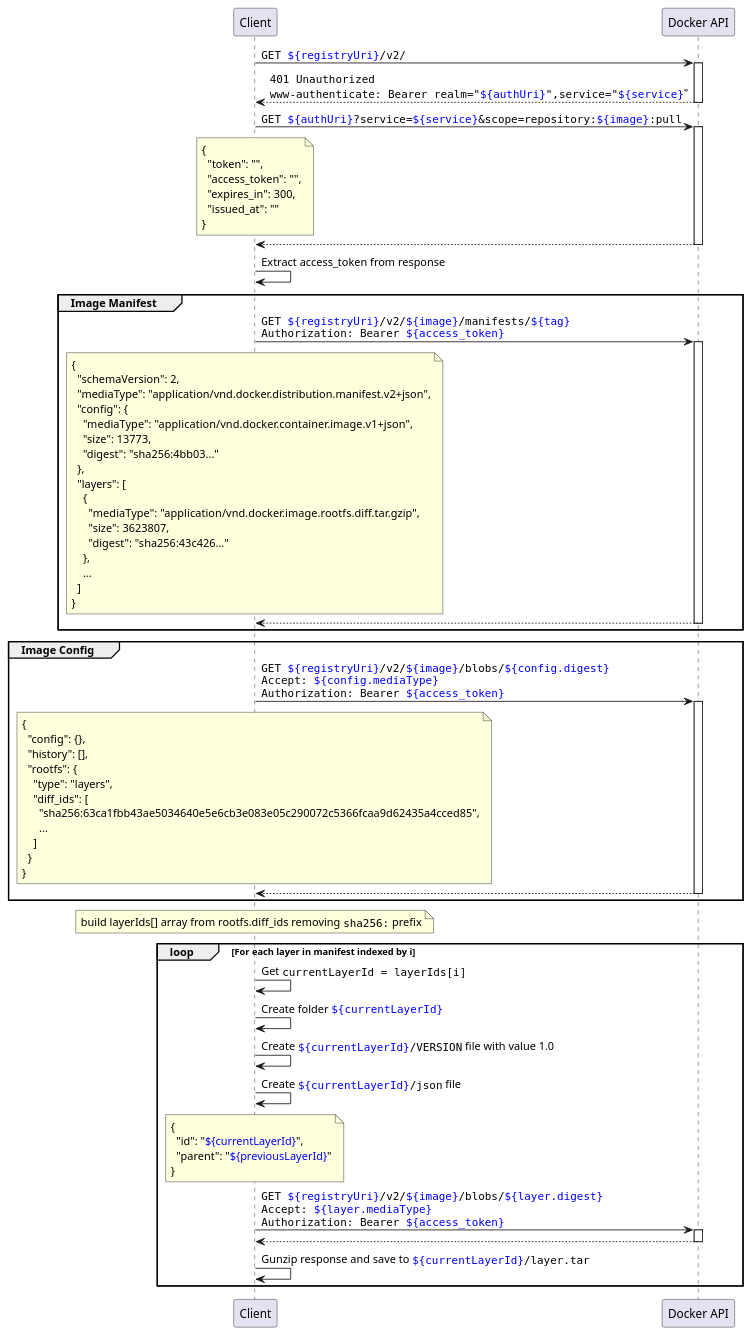
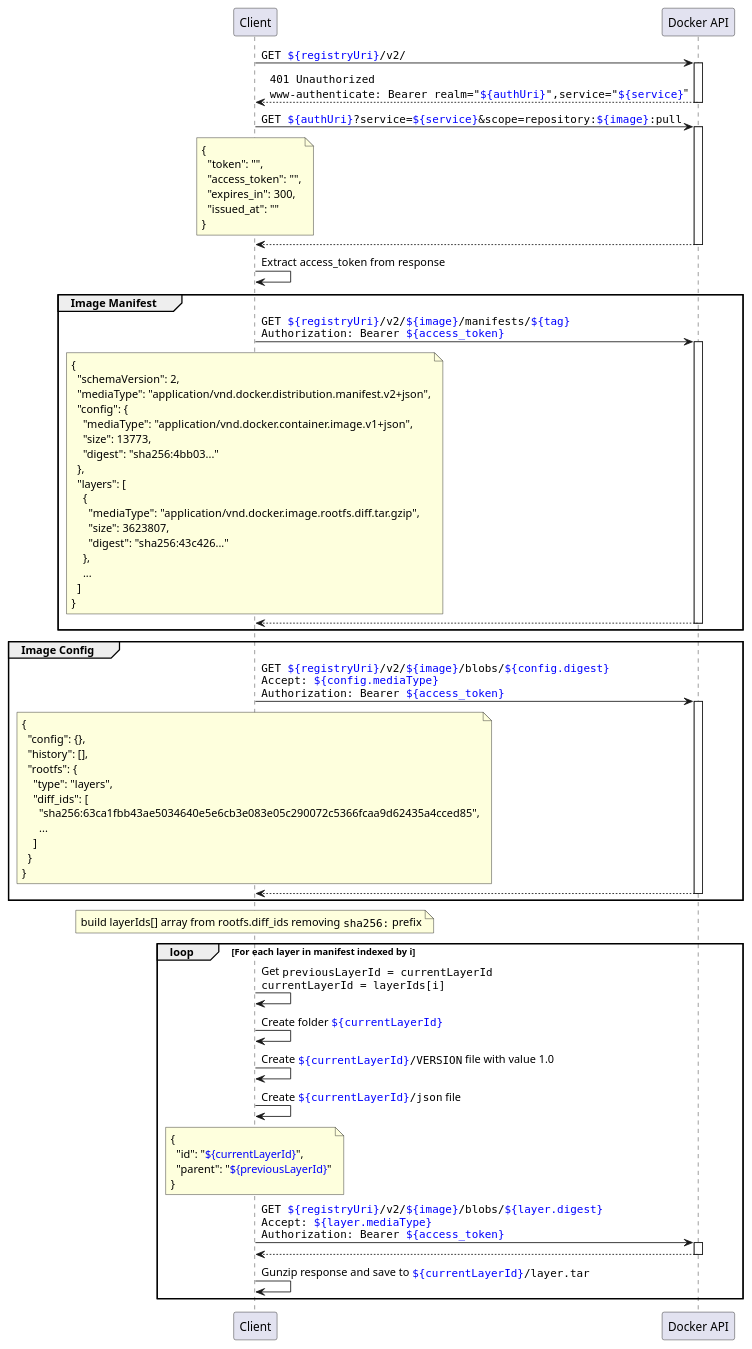
One commit to xshyamx/docker-download changed the diagram in doc/img/seq.plantuml. Above: the diagram before and after it, drawn with PlantUML. The commit also changed 1 other file, not shown here.

Commit message:
Add previousLayerId

```diff
--- a/doc/img/seq.plantuml
+++ b/doc/img/seq.plantuml
@@ -1,85 +1,85 @@
 @startuml
 ' seq
 participant "Client" as c
 participant "Docker API" as s
 
 
 ' get authUri
 c -> s ++: ""GET <color:blue>${registryUri}</color>/v2/""
 return ""401 Unauthorized""\n""www-authenticate: Bearer realm="<color:blue>${authUri}</color>",service="<color:blue>${service}</color>"""
 ' get token
 c -> s ++: ""GET <color:blue>${authUri}</color>?service=<color:blue>${service}</color>&scope=repository:<color:blue>${image}</color>:pull""
 note over c
 {
   "token": "",
   "access_token": "",
   "expires_in": 300,
   "issued_at": ""
 }
 end note
 return
 c -> c: Extract access_token from response
 ' manifest
 group Image Manifest
   c -> s ++: ""GET <color:blue>${registryUri}</color>/v2/<color:blue>${image}</color>/manifests/<color:blue>${tag}</color>""\n""Authorization: Bearer <color:blue>${access_token}</color>""
   note over c
   {
     "schemaVersion": 2,
     "mediaType": "application/vnd.docker.distribution.manifest.v2+json",
     "config": {
       "mediaType": "application/vnd.docker.container.image.v1+json",
       "size": 13773,
       "digest": "sha256:4bb03..."
     },
     "layers": [
       {
         "mediaType": "application/vnd.docker.image.rootfs.diff.tar.gzip",
         "size": 3623807,
         "digest": "sha256:43c426..."
       },
       ...
     ]
   }
   end note
   return
 end group
 ' image config
 group Image Config
   c -> s ++: ""GET <color:blue>${registryUri}</color>/v2/<color:blue>${image}</color>/blobs/<color:blue>${config.digest}</color>""\n""Accept: <color:blue>${config.mediaType}</color>""\n""Authorization: Bearer <color:blue>${access_token}</color>""
   note over c
   {
     "config": {},
     "history": [],
     "rootfs": {
       "type": "layers",
       "diff_ids": [
         "sha256:63ca1fbb43ae5034640e5e6cb3e083e05c290072c5366fcaa9d62435a4cced85",
         ...
       ]
     }
   }
   end note
   return
 end group
 
 note over c
 build layerIds[] array from rootfs.diff_ids removing ""sha256:"" prefix
 end note
 
 ' layers
 loop For each layer in manifest indexed by i
-  c -> c: Get ""currentLayerId = layerIds[i]""
+  c -> c: Get ""previousLayerId = currentLayerId""\n""currentLayerId = layerIds[i]""
   c -> c: Create folder ""<color:blue>${currentLayerId}</color>""
   c -> c: Create ""<color:blue>${currentLayerId}</color>/VERSION"" file with value 1.0
   c -> c: Create ""<color:blue>${currentLayerId}</color>/json"" file
   note over c
   {
     "id": "<color:blue>${currentLayerId}</color>",
     "parent": "<color:blue>${previousLayerId}</color>"
   }
   end note
   c -> s ++: ""GET <color:blue>${registryUri}</color>/v2/<color:blue>${image}</color>/blobs/<color:blue>${layer.digest}</color>""\n""Accept: <color:blue>${layer.mediaType}</color>""\n""Authorization: Bearer <color:blue>${access_token}</color>""
   return
   c -> c: Gunzip response and save to ""<color:blue>${currentLayerId}</color>/layer.tar""
 end loop
 @enduml
```
